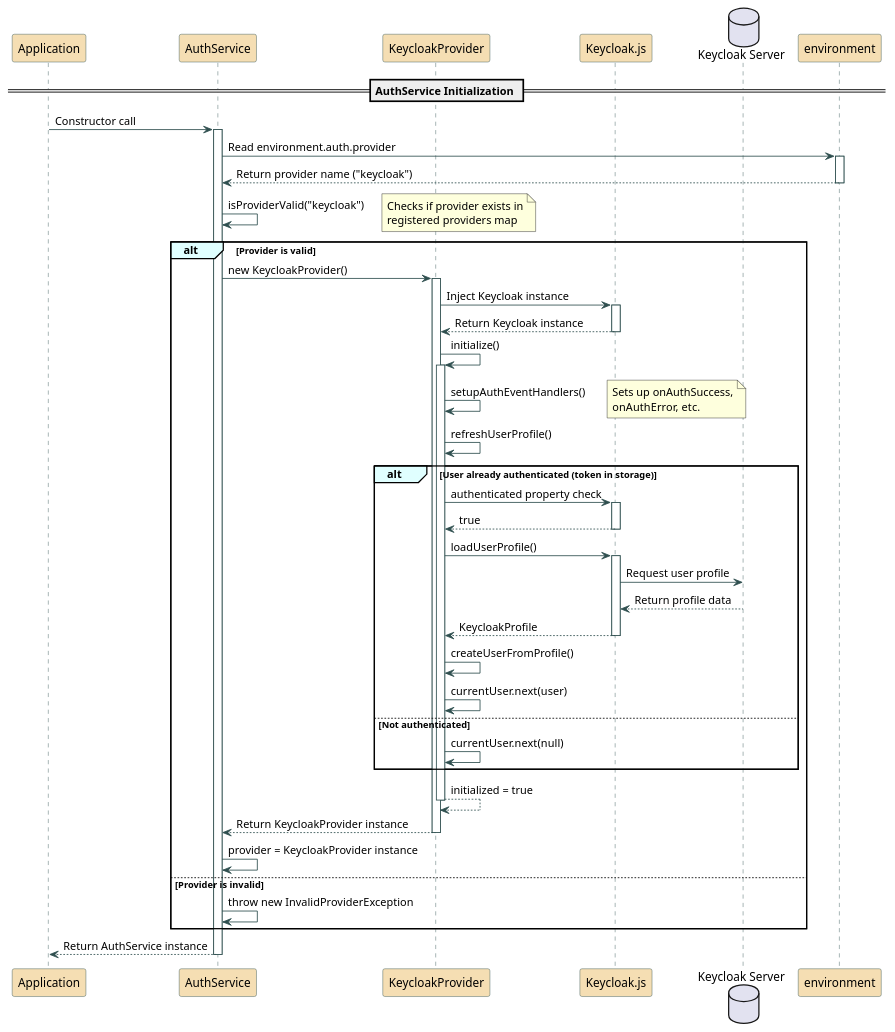
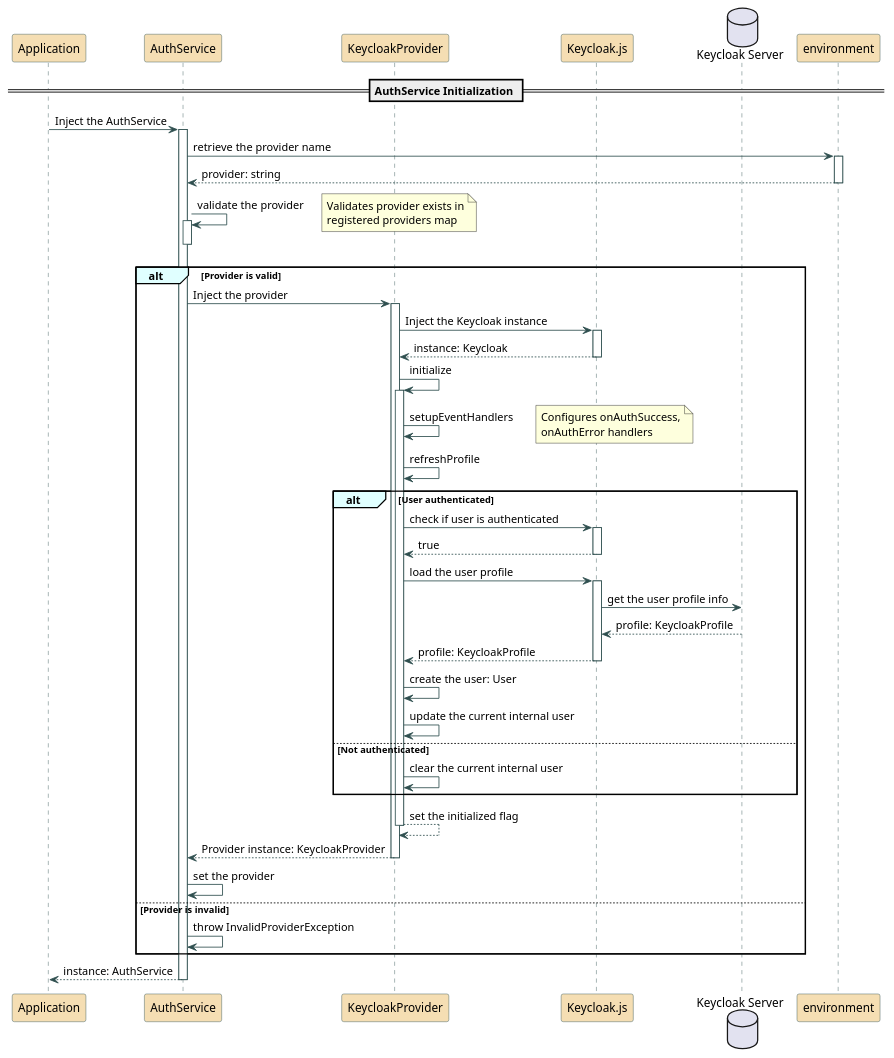
Before and after one commit to CPNV-ES-BI1-RIA2-ETL-INTERNAL-SOURCE/INTERNAL-SOURCE-FRONT-END: the diagram in doc/authentification/auth-initialization-sequence.puml, drawn with PlantUML.

Commit message:
docs: update the sequence diagram to be less code oriented

```diff
--- a/doc/authentification/auth-initialization-sequence.puml
+++ b/doc/authentification/auth-initialization-sequence.puml
@@ -1,80 +1,82 @@
 @startuml auth-initialization-sequence
 
 ' Color scheme
 skinparam sequenceArrowColor DarkSlateGray
 skinparam sequenceGroupBackgroundColor LightCyan
 skinparam sequenceLifeLineBorderColor DarkSlateGray
 skinparam sequenceParticipantBackgroundColor Wheat
 skinparam sequenceParticipantBorderColor DarkSlateGray
 
 participant "Application" as App
 participant "AuthService" as Auth
 participant "KeycloakProvider" as Provider
 participant "Keycloak.js" as Keycloak
 database "Keycloak Server" as Server
 participant "environment" as Env
 
 == AuthService Initialization ==
 
-App -> Auth: Constructor call
+App -> Auth: Inject the AuthService
 activate Auth
 
-Auth -> Env: Read environment.auth.provider
+Auth -> Env: retrieve the provider name
 activate Env
-Env --> Auth: Return provider name ("keycloak")
+Env --> Auth: provider: string
 deactivate Env
 
-Auth -> Auth: isProviderValid("keycloak")
-note right: Checks if provider exists in\nregistered providers map
+Auth -> Auth: validate the provider
+activate Auth
+note right: Validates provider exists in\nregistered providers map
+deactivate Auth
 
 alt Provider is valid
-    Auth -> Provider: new KeycloakProvider()
+    Auth -> Provider: Inject the provider
     activate Provider
     
-    Provider -> Keycloak: Inject Keycloak instance
+    Provider -> Keycloak: Inject the Keycloak instance
     activate Keycloak
-    Keycloak --> Provider: Return Keycloak instance
+    Keycloak --> Provider: instance: Keycloak
     deactivate Keycloak
     
-    Provider -> Provider: initialize()
+    Provider -> Provider: initialize
     activate Provider
     
-    Provider -> Provider: setupAuthEventHandlers()
-    note right: Sets up onAuthSuccess,\nonAuthError, etc.
+    Provider -> Provider: setupEventHandlers
+    note right: Configures onAuthSuccess,\nonAuthError handlers
     
-    Provider -> Provider: refreshUserProfile()
+    Provider -> Provider: refreshProfile
     
-    alt User already authenticated (token in storage)
-        Provider -> Keycloak: authenticated property check
+    alt User authenticated
+        Provider -> Keycloak: check if user is authenticated
         activate Keycloak
         Keycloak --> Provider: true
         deactivate Keycloak
         
-        Provider -> Keycloak: loadUserProfile()
+        Provider -> Keycloak: load the user profile
         activate Keycloak
-        Keycloak -> Server: Request user profile
-        Server --> Keycloak: Return profile data
-        Keycloak --> Provider: KeycloakProfile
+        Keycloak -> Server: get the user profile info
+        Server --> Keycloak: profile: KeycloakProfile
+        Keycloak --> Provider: profile: KeycloakProfile
         deactivate Keycloak
         
-        Provider -> Provider: createUserFromProfile()
-        Provider -> Provider: currentUser.next(user)
+        Provider -> Provider: create the user: User
+        Provider -> Provider: update the current internal user
     else Not authenticated
-        Provider -> Provider: currentUser.next(null)
+        Provider -> Provider: clear the current internal user
     end
     
-    Provider --> Provider: initialized = true
+    Provider --> Provider: set the initialized flag
     deactivate Provider
     
-    Provider --> Auth: Return KeycloakProvider instance
+    Provider --> Auth: Provider instance: KeycloakProvider
     deactivate Provider
     
-    Auth -> Auth: provider = KeycloakProvider instance
+    Auth -> Auth: set the provider
 else Provider is invalid
-    Auth -> Auth: throw new InvalidProviderException
+    Auth -> Auth: throw InvalidProviderException
 end
 
-Auth --> App: Return AuthService instance
+Auth --> App: instance: AuthService
 deactivate Auth
 
 @enduml 
```
